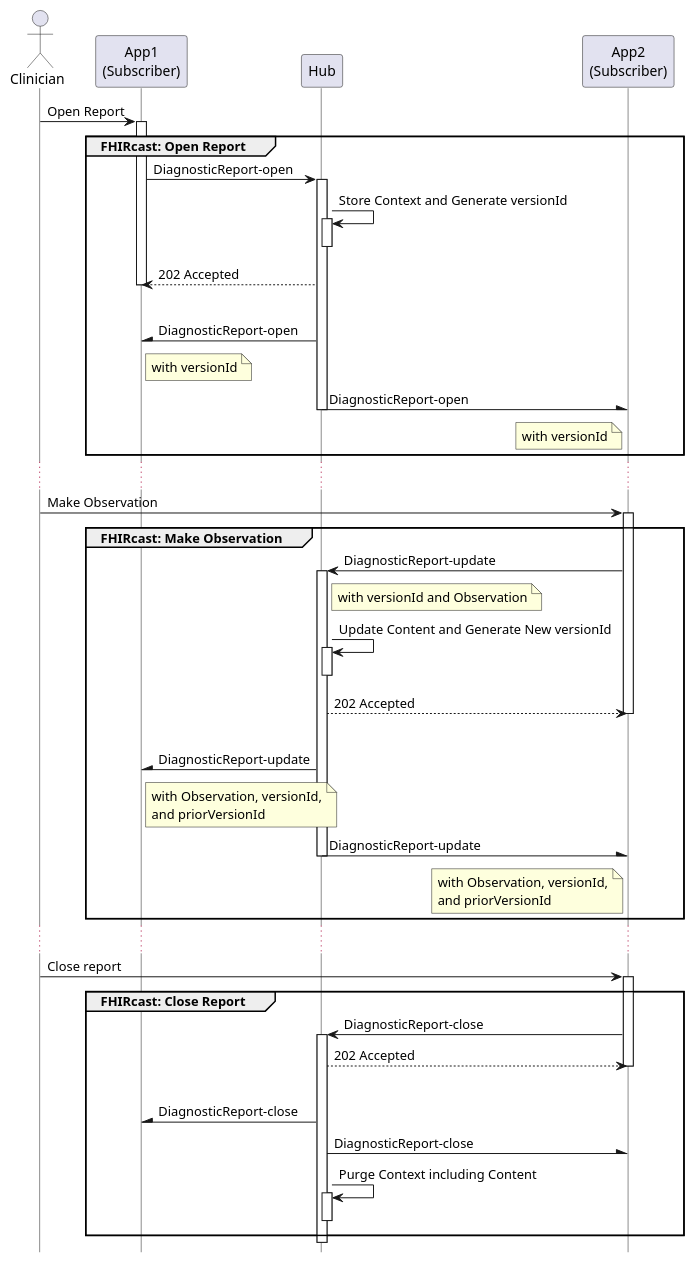
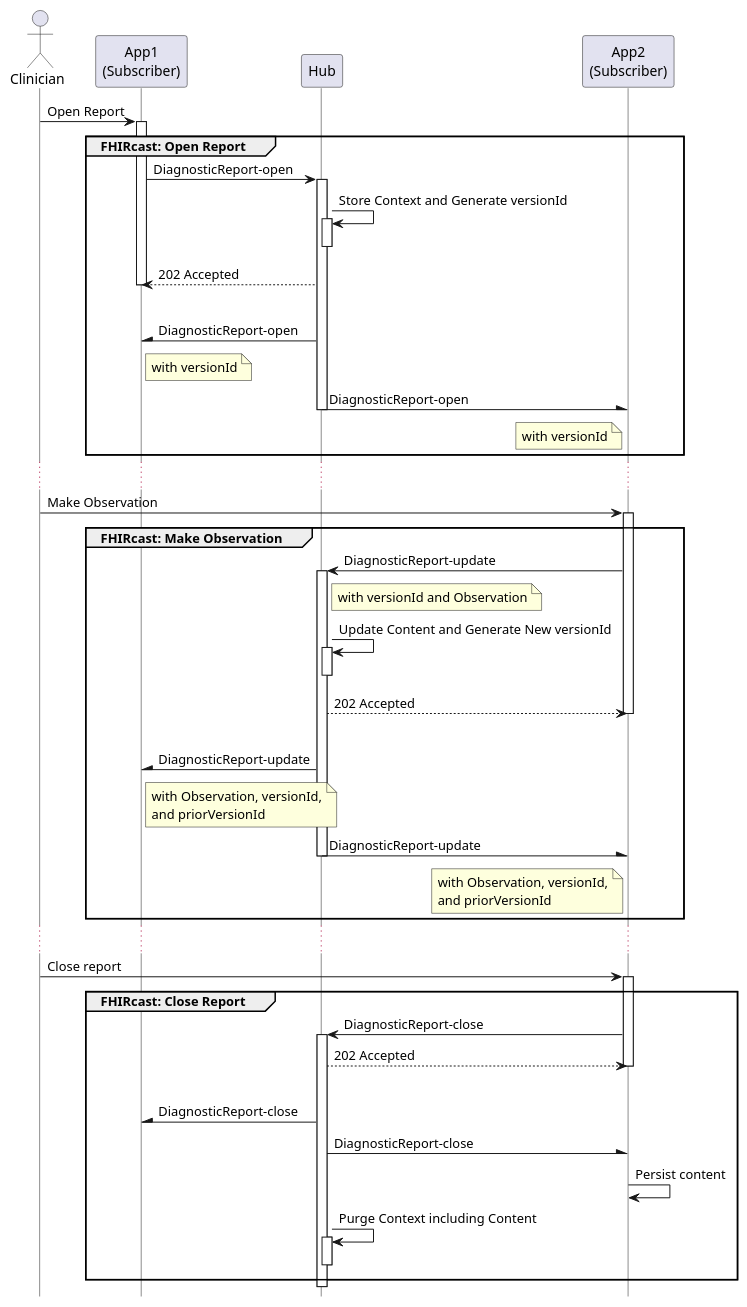
Before and after one commit to HL7/fhircast-docs: the diagram in input/images-source/ContentExchangeBasic.plantuml, drawn with PlantUML. The commit also changed 3 other files, not shown here.

```diff
--- a/input/images-source/ContentExchangeBasic.plantuml
+++ b/input/images-source/ContentExchangeBasic.plantuml
@@ -1,58 +1,59 @@
 @startuml
 skinparam shadowing false
 skinparam lifelineStrategy nosolid
 hide footbox
 
 actor Clinician
 participant "App1\n(Subscriber)" as App1
 participant Hub
 participant "App2\n(Subscriber)" as App2
 
 Clinician -> App1: Open Report
 group FHIRcast: Open Report
 activate App1
 App1 -> Hub: DiagnosticReport-open
 activate Hub
 Hub -> Hub++--: Store Context and Generate versionId
 App1 <-- Hub: 202 Accepted
 |||
 deactivate App1
 Hub -\ App1: DiagnosticReport-open
 note right App1: with versionId
 Hub -\ App2: DiagnosticReport-open
 note left App2: with versionId
 deactivate Hub
 end
 ...
 Clinician -> App2: Make Observation
 group FHIRcast: Make Observation
 activate App2
 App2 -> Hub: DiagnosticReport-update
 activate Hub
 note right Hub: with versionId and Observation
 Hub -> Hub++--: Update Content and Generate New versionId
 App2 <-- Hub: 202 Accepted
 deactivate App2
 |||
 Hub -\ App1: DiagnosticReport-update
 note right App1: with Observation, versionId,\nand priorVersionId
 Hub -\ App2: DiagnosticReport-update
 note left App2: with Observation, versionId,\nand priorVersionId
 deactivate Hub
 end
 ...
 Clinician -> App2: Close report
 group FHIRcast: Close Report
 activate App2
 App2 -> Hub: DiagnosticReport-close
 activate Hub
 App2 <-- Hub: 202 Accepted
 deactivate App2
 |||
 Hub -\ App1: DiagnosticReport-close
 Hub -\ App2: DiagnosticReport-close
+App2 -> App2: Persist content
 Hub -> Hub++--: Purge Context including Content
 end
 deactivate Hub
 
 @enduml
```
